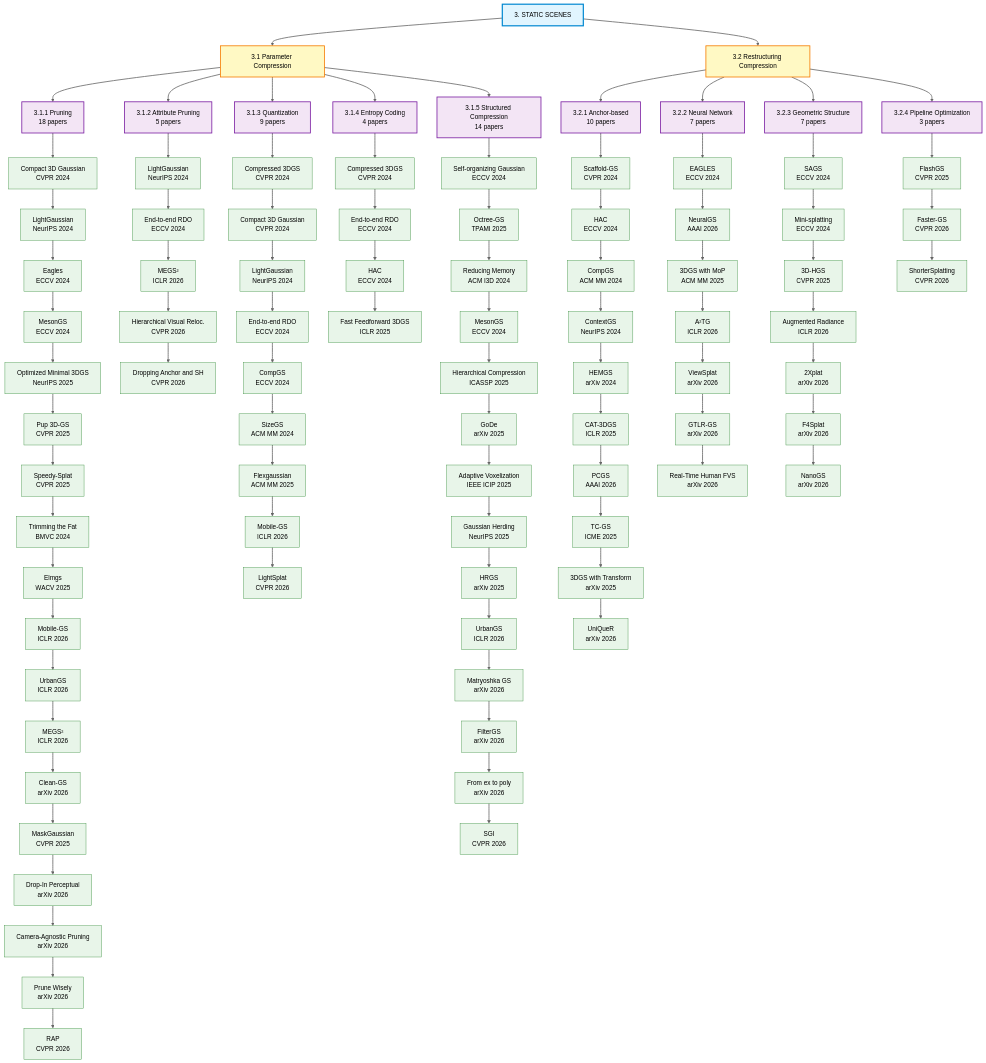
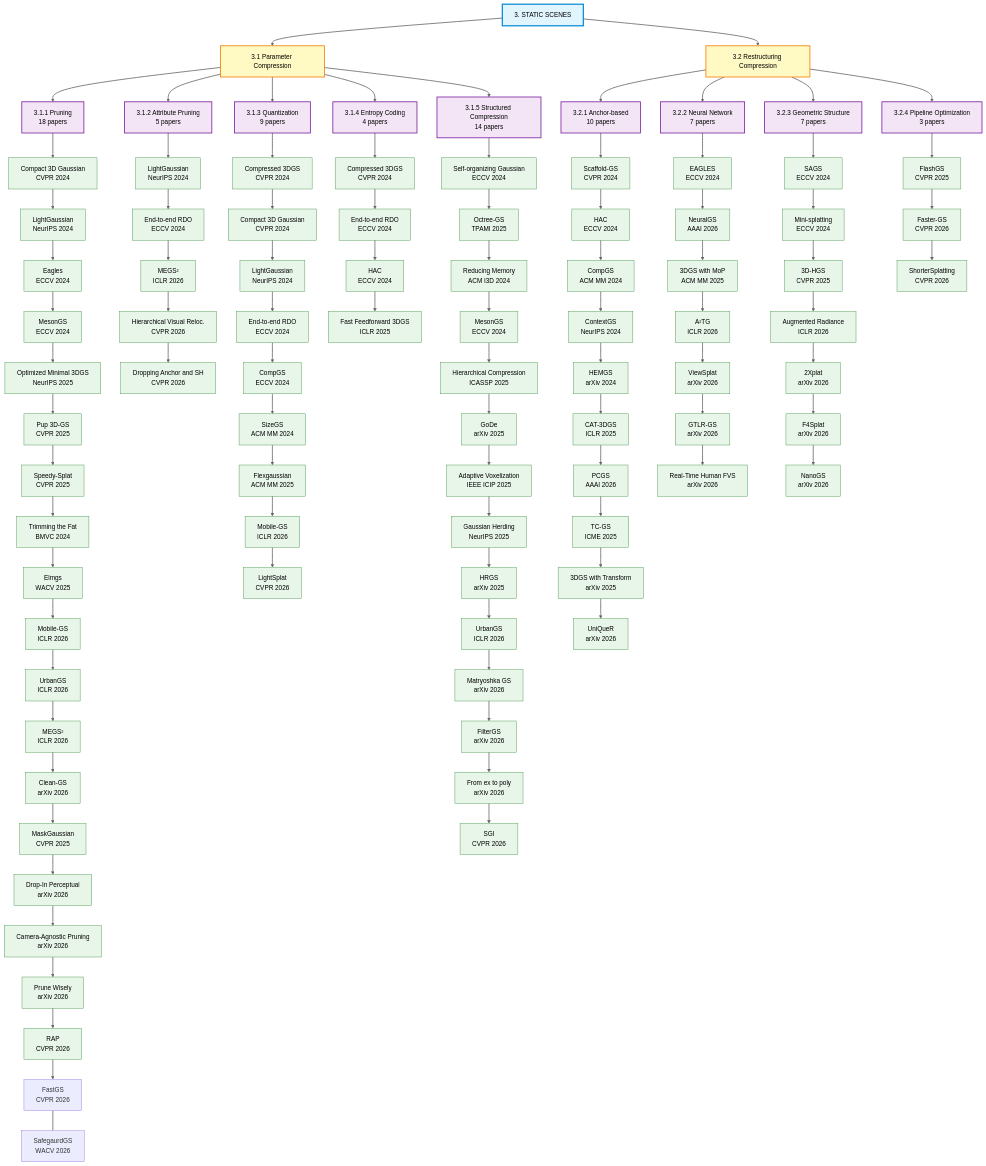
Before and after one commit to CMLab-Korea/Awesome-Efficient-GS: the diagram in img/static_papers.mermaid, drawn with Mermaid.

```diff
--- a/img/static_papers.mermaid
+++ b/img/static_papers.mermaid
@@ -1,133 +1,135 @@
 graph TB
     Static[3. STATIC SCENES]
 
     %% Main Categories
     Static --> PC[3.1 Parameter Compression]
     Static --> RC[3.2 Restructuring Compression]
 
     %% Parameter Compression Subcategories
     PC --> Pruning[3.1.1 Pruning<br/>18 papers]
     PC --> AttrPruning[3.1.2 Attribute Pruning<br/>5 papers]
     PC --> Quant[3.1.3 Quantization<br/>9 papers]
     PC --> Entropy[3.1.4 Entropy Coding<br/>4 papers]
     PC --> Structured[3.1.5 Structured Compression<br/>14 papers]
 
     %% Pruning papers - vertical layout
     Pruning --> P1[Compact 3D Gaussian<br/>CVPR 2024]
     P1 --> P2[LightGaussian<br/>NeurIPS 2024]
     P2 --> P3[Eagles<br/>ECCV 2024]
     P3 --> P4[MesonGS<br/>ECCV 2024]
     P4 --> P5[Optimized Minimal 3DGS<br/>NeurIPS 2025]
     P5 --> P6[Pup 3D-GS<br/>CVPR 2025]
     P6 --> P7[Speedy-Splat<br/>CVPR 2025]
     P7 --> P8[Trimming the Fat<br/>BMVC 2024]
     P8 --> P9[Elmgs<br/>WACV 2025]
     P9 --> P10[Mobile-GS<br/>ICLR 2026]
     P10 --> P11[UrbanGS<br/>ICLR 2026]
     P11 --> P12[MEGS²<br/>ICLR 2026]
     P12 --> P13[Clean-GS<br/>arXiv 2026]
     P13 --> P14[MaskGaussian<br/>CVPR 2025]
     P14 --> P15[Drop-In Perceptual<br/>arXiv 2026]
     P15 --> P16[Camera-Agnostic Pruning<br/>arXiv 2026]
     P16 --> P17[Prune Wisely<br/>arXiv 2026]
     P17 --> P18[RAP<br/>CVPR 2026]
+    P18 --> P19[FastGS<br/>CVPR 2026]
+    P19 --- P20[SafegaurdGS<br/>WACV 2026]
 
     %% Attribute Pruning papers - vertical layout
     AttrPruning --> AP1[LightGaussian<br/>NeurIPS 2024]
     AP1 --> AP2[End-to-end RDO<br/>ECCV 2024]
     AP2 --> AP3[MEGS²<br/>ICLR 2026]
     AP3 --> AP4[Hierarchical Visual Reloc.<br/>CVPR 2026]
     AP4 --> AP5[Dropping Anchor and SH<br/>CVPR 2026]
 
     %% Quantization papers - vertical layout
     Quant --> Q1[Compressed 3DGS<br/>CVPR 2024]
     Q1 --> Q2[Compact 3D Gaussian<br/>CVPR 2024]
     Q2 --> Q3[LightGaussian<br/>NeurIPS 2024]
     Q3 --> Q4[End-to-end RDO<br/>ECCV 2024]
     Q4 --> Q5[CompGS<br/>ECCV 2024]
     Q5 --> Q6[SizeGS<br/>ACM MM 2024]
     Q6 --> Q7[Flexgaussian<br/>ACM MM 2025]
     Q7 --> Q8[Mobile-GS<br/>ICLR 2026]
     Q8 --> Q9[LightSplat<br/>CVPR 2026]
 
     %% Entropy Coding papers - vertical layout
     Entropy --> E1[Compressed 3DGS<br/>CVPR 2024]
     E1 --> E2[End-to-end RDO<br/>ECCV 2024]
     E2 --> E3[HAC<br/>ECCV 2024]
     E3 --> E4[Fast Feedforward 3DGS<br/>ICLR 2025]
 
     %% Structured Compression papers - vertical layout
     Structured --> S1[Self-organizing Gaussian<br/>ECCV 2024]
     S1 --> S2[Octree-GS<br/>TPAMI 2025]
     S2 --> S3[Reducing Memory<br/>ACM I3D 2024]
     S3 --> S4[MesonGS<br/>ECCV 2024]
     S4 --> S5[Hierarchical Compression<br/>ICASSP 2025]
     S5 --> S6[GoDe<br/>arXiv 2025]
     S6 --> S7[Adaptive Voxelization<br/>IEEE ICIP 2025]
     S7 --> S8[Gaussian Herding<br/>NeurIPS 2025]
     S8 --> S9[HRGS<br/>arXiv 2025]
     S9 --> S10[UrbanGS<br/>ICLR 2026]
     S10 --> S11[Matryoshka GS<br/>arXiv 2026]
     S11 --> S12[FilterGS<br/>arXiv 2026]
     S12 --> S13[From ex to poly<br/>arXiv 2026]
     S13 --> S14[SGI<br/>CVPR 2026]
 
     %% Restructuring Compression Subcategories
     RC --> Anchor[3.2.1 Anchor-based<br/>10 papers]
     RC --> Neural[3.2.2 Neural Network<br/>7 papers]
     RC --> Geometric[3.2.3 Geometric Structure<br/>7 papers]
     RC --> Pipeline[3.2.4 Pipeline Optimization<br/>3 papers]
 
     %% Anchor-based papers - vertical layout
     Anchor --> A1[Scaffold-GS<br/>CVPR 2024]
     A1 --> A2[HAC<br/>ECCV 2024]
     A2 --> A3[CompGS<br/>ACM MM 2024]
     A3 --> A4[ContextGS<br/>NeurIPS 2024]
     A4 --> A5[HEMGS<br/>arXiv 2024]
     A5 --> A6[CAT-3DGS<br/>ICLR 2025]
     A6 --> A7[PCGS<br/>AAAI 2026]
     A7 --> A8[TC-GS<br/>ICME 2025]
     A8 --> A9[3DGS with Transform<br/>arXiv 2025]
     A9 --> A10[UniQueR<br/>arXiv 2026]
 
     %% Neural Network papers - vertical layout
     Neural --> N1[EAGLES<br/>ECCV 2024]
     N1 --> N2[NeuralGS<br/>AAAI 2026]
     N2 --> N3[3DGS with MoP<br/>ACM MM 2025]
     N3 --> N4[A²TG<br/>ICLR 2026]
     N4 --> N5[ViewSplat<br/>arXiv 2026]
     N5 --> N6[GTLR-GS<br/>arXiv 2026]
     N6 --> N7[Real-Time Human FVS<br/>arXiv 2026]
 
     %% Geometric papers - vertical layout
     Geometric --> G1[SAGS<br/>ECCV 2024]
     G1 --> G2[Mini-splatting<br/>ECCV 2024]
     G2 --> G3[3D-HGS<br/>CVPR 2025]
     G3 --> G4[Augmented Radiance<br/>ICLR 2026]
     G4 --> G5[2Xplat<br/>arXiv 2026]
     G5 --> G6[F4Splat<br/>arXiv 2026]
     G6 --> G7[NanoGS<br/>arXiv 2026]
 
     %% Pipeline Optimization papers - vertical layout
     Pipeline --> PO1[FlashGS<br/>CVPR 2025]
     PO1 --> PO2[Faster-GS<br/>CVPR 2026]
     PO2 --> PO3[ShorterSplatting<br/>CVPR 2026]
 
     %% Styling
     classDef rootClass fill:#e1f5ff,stroke:#0288d1,stroke-width:3px,color:#000
     classDef categoryClass fill:#fff9c4,stroke:#f57c00,stroke-width:2px,color:#000
     classDef subcategoryClass fill:#f3e5f5,stroke:#7b1fa2,stroke-width:2px,color:#000
     classDef paperClass fill:#e8f5e9,stroke:#388e3c,stroke-width:1px,color:#000
 
     class Static rootClass
     class PC,RC categoryClass
     class Pruning,AttrPruning,Quant,Entropy,Structured,Anchor,Neural,Geometric,Pipeline subcategoryClass
     class P1,P2,P3,P4,P5,P6,P7,P8,P9,P10,P11,P12,P13,P14,P15,P16,P17,P18 paperClass
     class AP1,AP2,AP3,AP4,AP5,Q1,Q2,Q3,Q4,Q5,Q6,Q7,Q8,Q9 paperClass
     class E1,E2,E3,E4,S1,S2,S3,S4,S5,S6,S7,S8,S9,S10,S11,S12,S13,S14 paperClass
     class A1,A2,A3,A4,A5,A6,A7,A8,A9,A10 paperClass
     class N1,N2,N3,N4,N5,N6,N7,G1,G2,G3,G4,G5,G6,G7 paperClass
     class PO1,PO2,PO3 paperClass
 
     %% Link styling for dark mode visibility
     linkStyle default stroke:#666,stroke-width:2px
```
